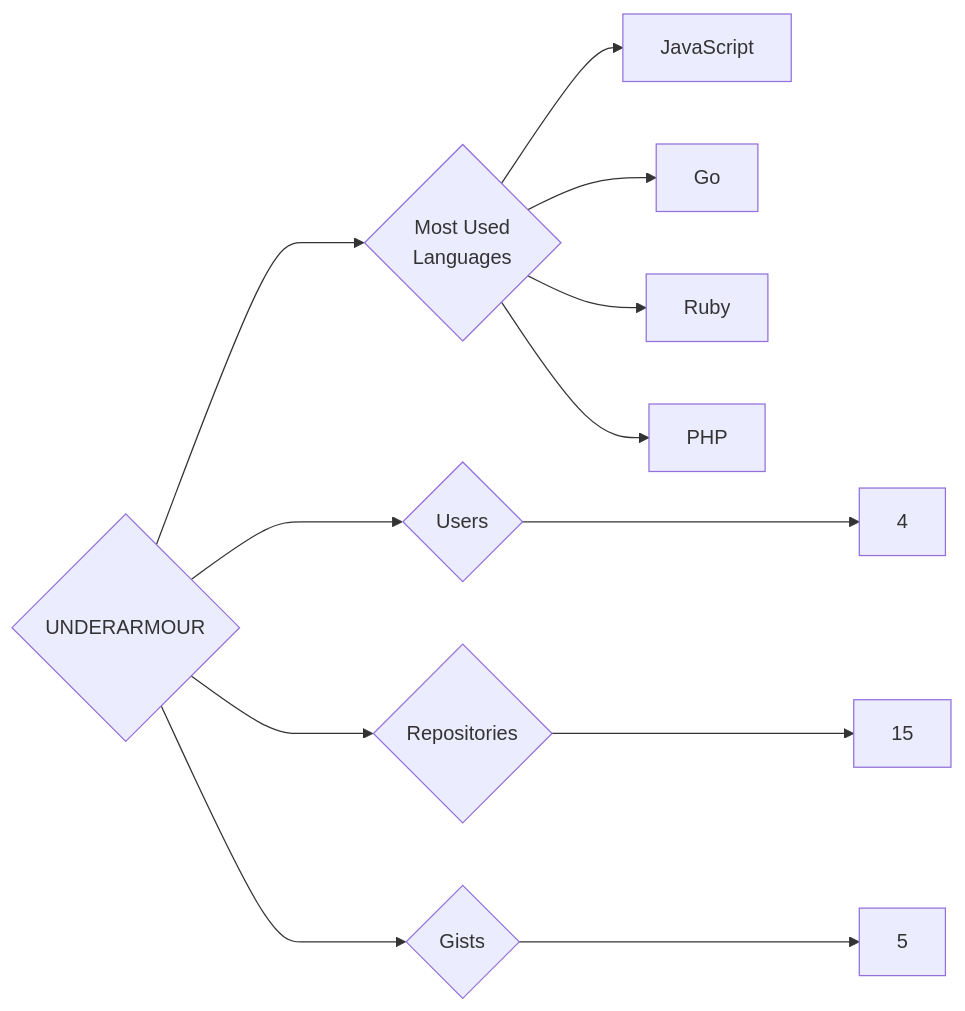
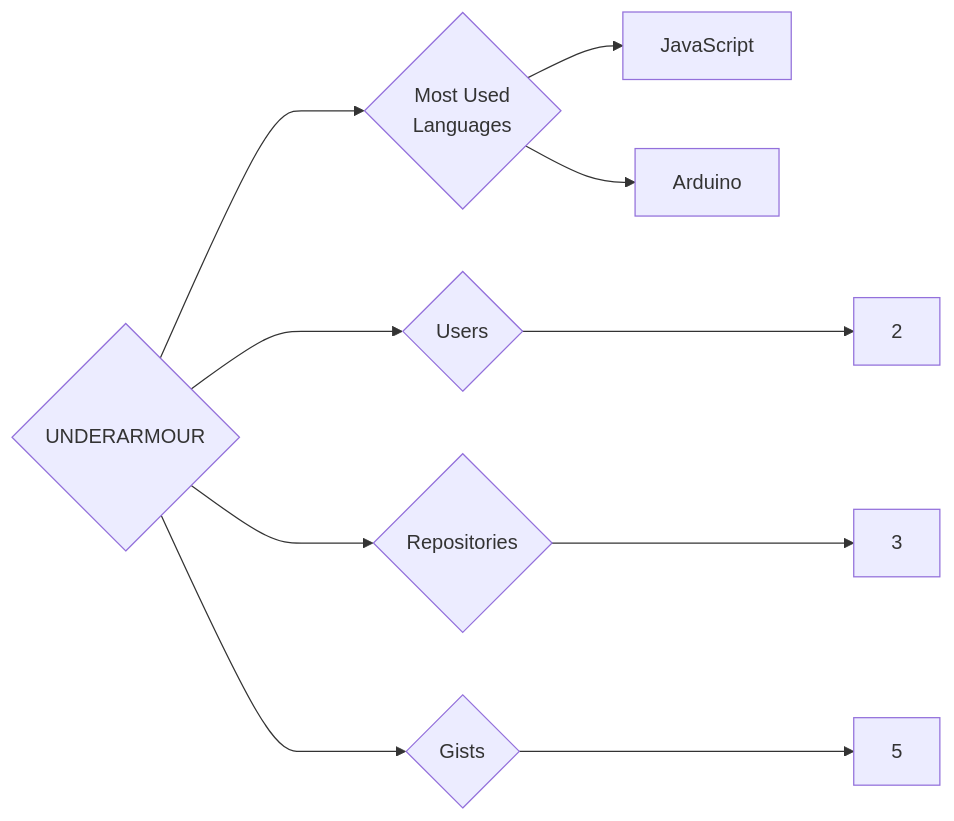
The diagram in targets/UNDERARMOUR/README.md (trickest/insiders), drawn with Mermaid before and after one commit. The commit also changed 1496 other files, not shown here.

````diff
--- a/targets/UNDERARMOUR/README.md
+++ b/targets/UNDERARMOUR/README.md
@@ -3,12 +3,10 @@
 ```mermaid
 graph LR
 COMPANY_NAME{UNDERARMOUR}
-COMPANY_NAME ---> U{Users} ---> UN[4]
-COMPANY_NAME ---> R{Repositories} ---> RN[15]
+COMPANY_NAME ---> U{Users} ---> UN[2]
+COMPANY_NAME ---> R{Repositories} ---> RN[3]
 COMPANY_NAME ---> G{Gists} ---> GN[5]
 COMPANY_NAME ---> ML{Most Used<br>Languages}
 ML --> JavaScript[JavaScript]
-ML --> Go[Go]
-ML --> Ruby[Ruby]
-ML --> PHP[PHP]
+ML --> Arduino[Arduino]
 ```
````
